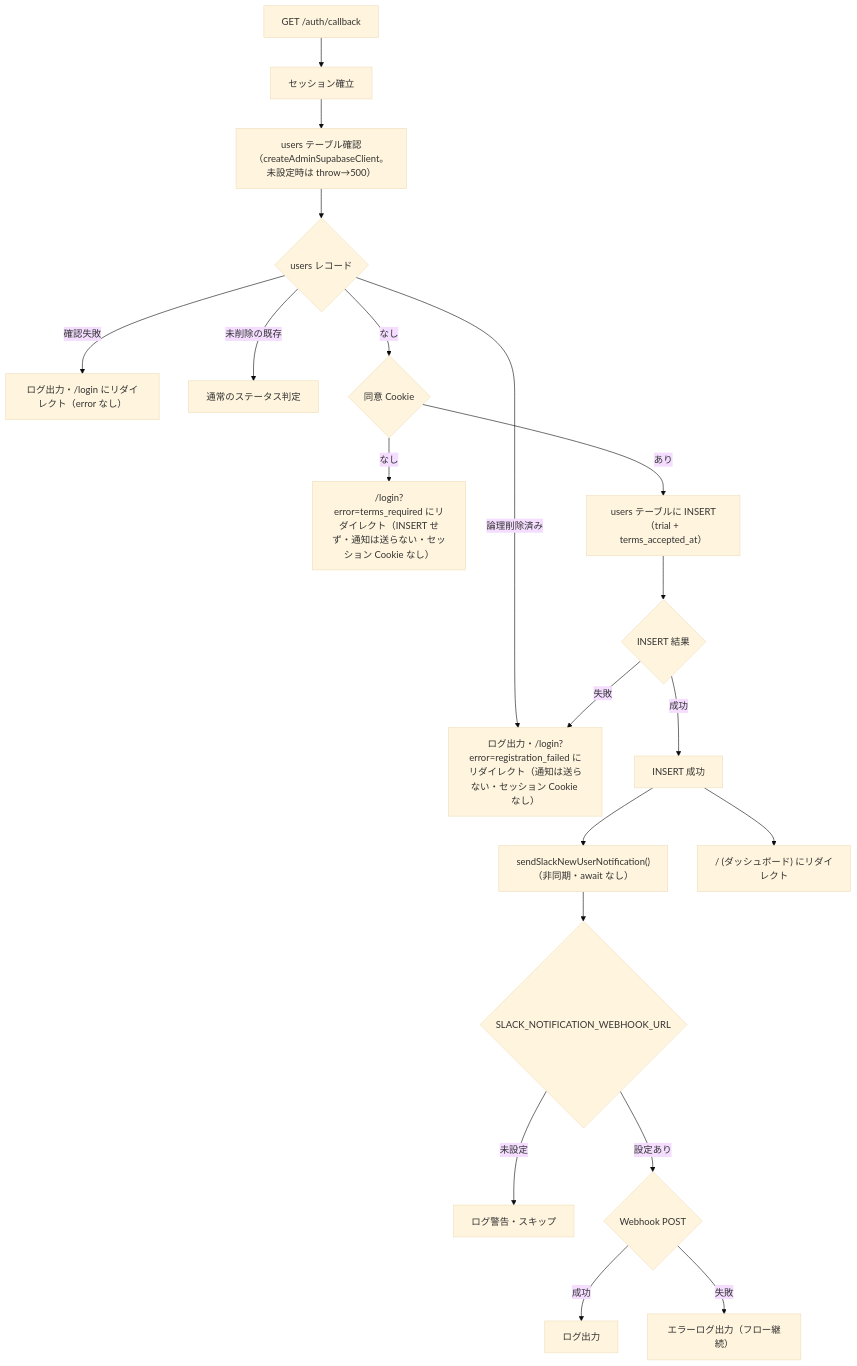
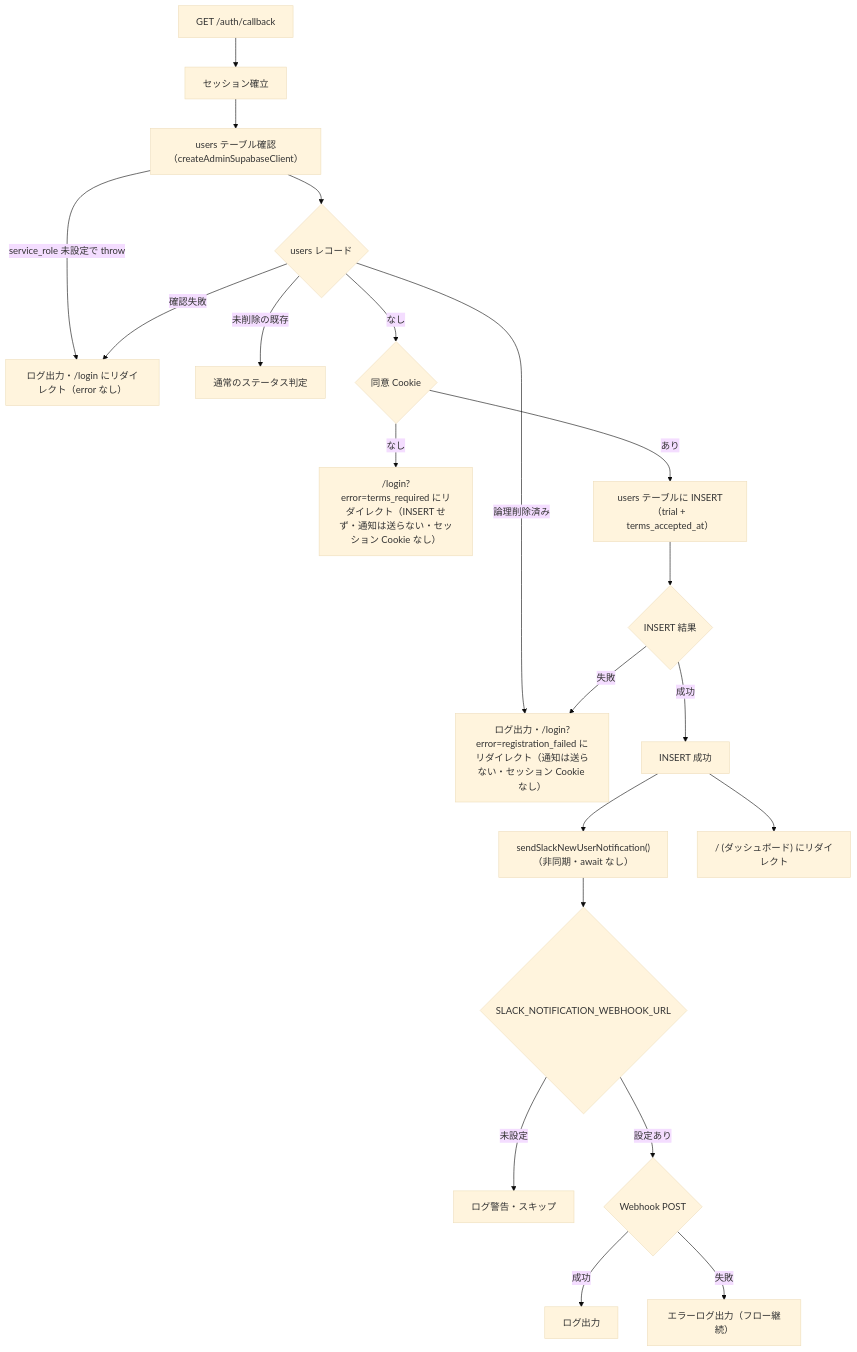
Before and after one commit to Singuralitylabs/sinlab-study: the sixth of 7 diagrams in docs/specification.md, drawn with Mermaid (base theme). The commit also changed 2 other files, not shown here.

Commit message:
fix: #244/#245 の検証レビュー指摘に対応する
- 9.5.1 のフロー図に残っていた「未設定時は throw→500」を、/login へのフェイルクローズ分岐に改める
- terms_required のメッセージを、失効の起点（ログイン操作）に合わせた文言にする
- callback テストの console.error spy を afterEach で確実に戻し、実装の差し替えを1回限りにする

Claude-Session: https://claude.ai/code/session_01C5cFLs2X9shaehaugaYaye

````diff
--- a/docs/specification.md
+++ b/docs/specification.md
@@ -1089,22 +1089,23 @@
 ```mermaid
 flowchart TD
     A["GET /auth/callback"] --> B["セッション確立"]
-    B --> B2["users テーブル確認<br/>（createAdminSupabaseClient。未設定時は throw→500）"]
+    B --> B2["users テーブル確認<br/>（createAdminSupabaseClient）"]
     B2 --> C{users レコード}
+    B2 -->|service_role 未設定で throw| L
     C -->|確認失敗| L["ログ出力・/login にリダイレクト（error なし）"]
     C -->|未削除の既存| Z[通常のステータス判定]
     C -->|論理削除済み| Q["ログ出力・/login?error=registration_failed にリダイレクト（通知は送らない・セッション Cookie なし）"]
     C -->|なし| T{同意 Cookie}
     T -->|なし| W["/login?error=terms_required にリダイレクト（INSERT せず・通知は送らない・セッション Cookie なし）"]
     T -->|あり| D["users テーブルに INSERT（trial + terms_accepted_at）"]
     D --> E{INSERT 結果}
     E -->|成功| S[INSERT 成功]
     S --> F["sendSlackNewUserNotification()<br/>（非同期・await なし）"]
     S --> P["/ (ダッシュボード) にリダイレクト"]
     F --> G1{SLACK_NOTIFICATION_WEBHOOK_URL}
     G1 -->|未設定| H1[ログ警告・スキップ]
     G1 -->|設定あり| H2{Webhook POST}
     H2 -->|成功| I1[ログ出力]
     H2 -->|失敗| I2["エラーログ出力（フロー継続）"]
     E -->|失敗| Q
 ```
````
